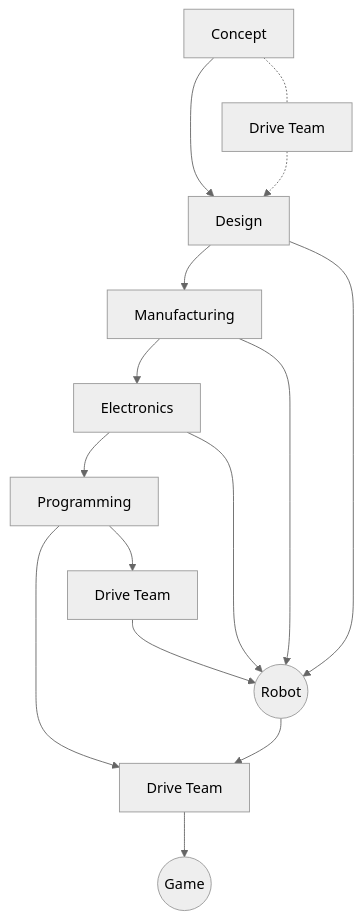
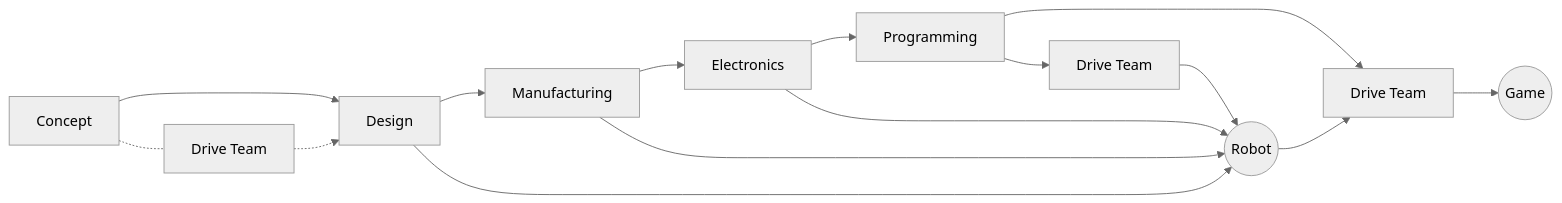
The diagram in doc/teams_as_interfaces.mmd (Raptacon/Robot-2025), drawn with Mermaid (neutral theme) before and after one commit.

Commit message:
Updated teams

```diff
--- a/doc/teams_as_interfaces.mmd
+++ b/doc/teams_as_interfaces.mmd
@@ -1,19 +1,19 @@
-flowchart TB
+flowchart LR
     Design
     Manufacturing
     Electronics
     Programming
     DriveTeam[Drive Team]
     
     Robot((Robot))
     Game((Game))
     
     Design-->Manufacturing
     Manufacturing-->Electronics-->Programming-->DriveTeam
     
     Concept-->Design-->Robot
     Concept-.-DriveTeam2[Drive Team]-.->Design
               Manufacturing-->Robot
               Electronics-->Robot
               Programming-->DriveTeam3[Drive Team]-->Robot
     Robot-->DriveTeam-->Game
```
